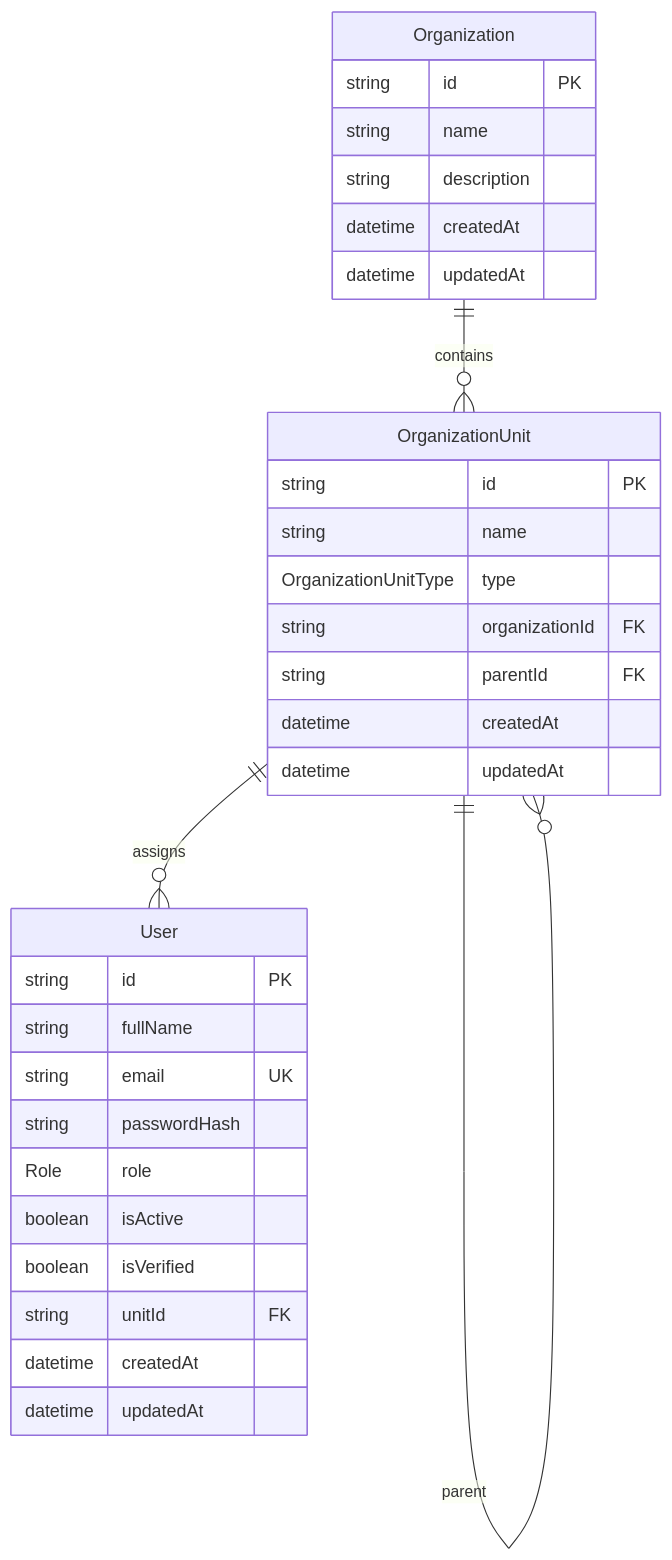
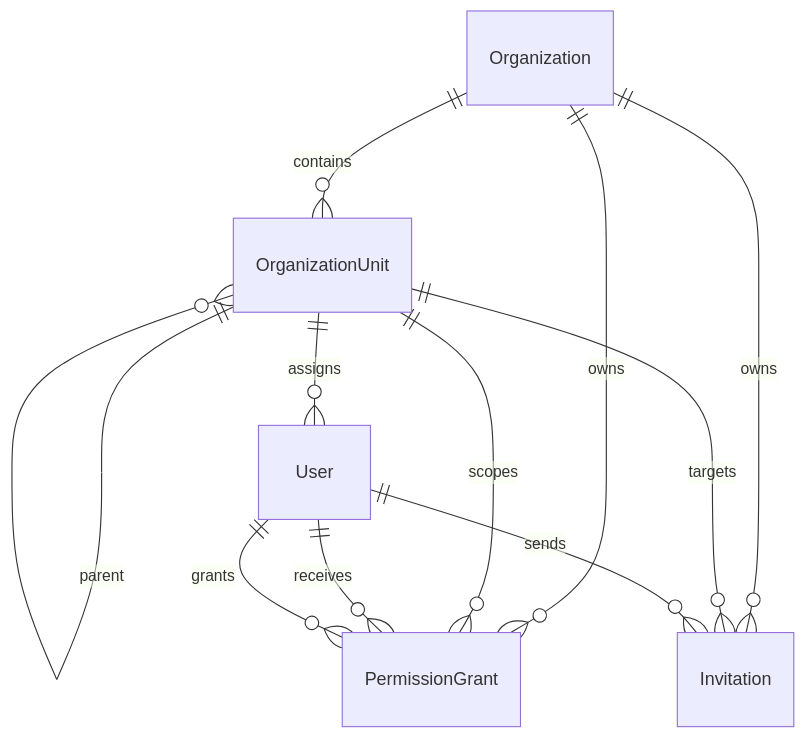
Before and after one commit to GHK73/enterprise-rag-platform: the diagram in docs/DATABASE.md, drawn with Mermaid. The commit also changed other lines of this file and 5 other files, not shown here.

````diff
--- a/docs/DATABASE.md
+++ b/docs/DATABASE.md
@@ -87,38 +171,15 @@
 ```mermaid
 erDiagram
+    Organization ||--o{ OrganizationUnit : contains
+    Organization ||--o{ PermissionGrant : owns
+    Organization ||--o{ Invitation : owns
 
-    Organization ||--o{ OrganizationUnit : contains
     OrganizationUnit ||--o{ OrganizationUnit : parent
     OrganizationUnit ||--o{ User : assigns
+    OrganizationUnit ||--o{ PermissionGrant : scopes
+    OrganizationUnit ||--o{ Invitation : targets
 
-    Organization {
-        string id PK
-        string name
-        string description
-        datetime createdAt
-        datetime updatedAt
-    }
-
-    OrganizationUnit {
-        string id PK
-        string name
-        OrganizationUnitType type
-        string organizationId FK
-        string parentId FK
-        datetime createdAt
-        datetime updatedAt
-    }
-
-    User {
-        string id PK
-        string fullName
-        string email UK
-        string passwordHash
-        Role role
-        boolean isActive
-        boolean isVerified
-        string unitId FK
-        datetime createdAt
-        datetime updatedAt
-    }
+    User ||--o{ PermissionGrant : receives
+    User ||--o{ PermissionGrant : grants
+    User ||--o{ Invitation : sends
 ```
````
